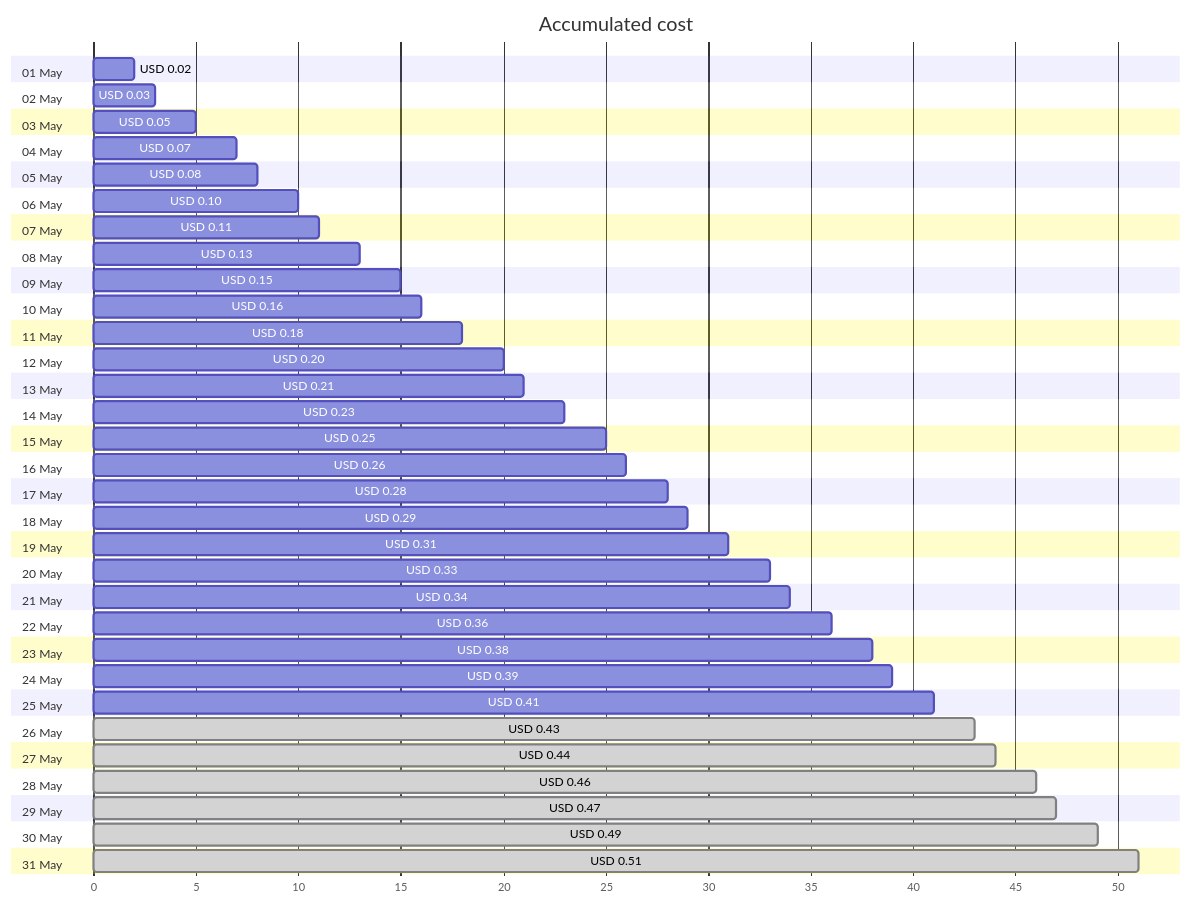
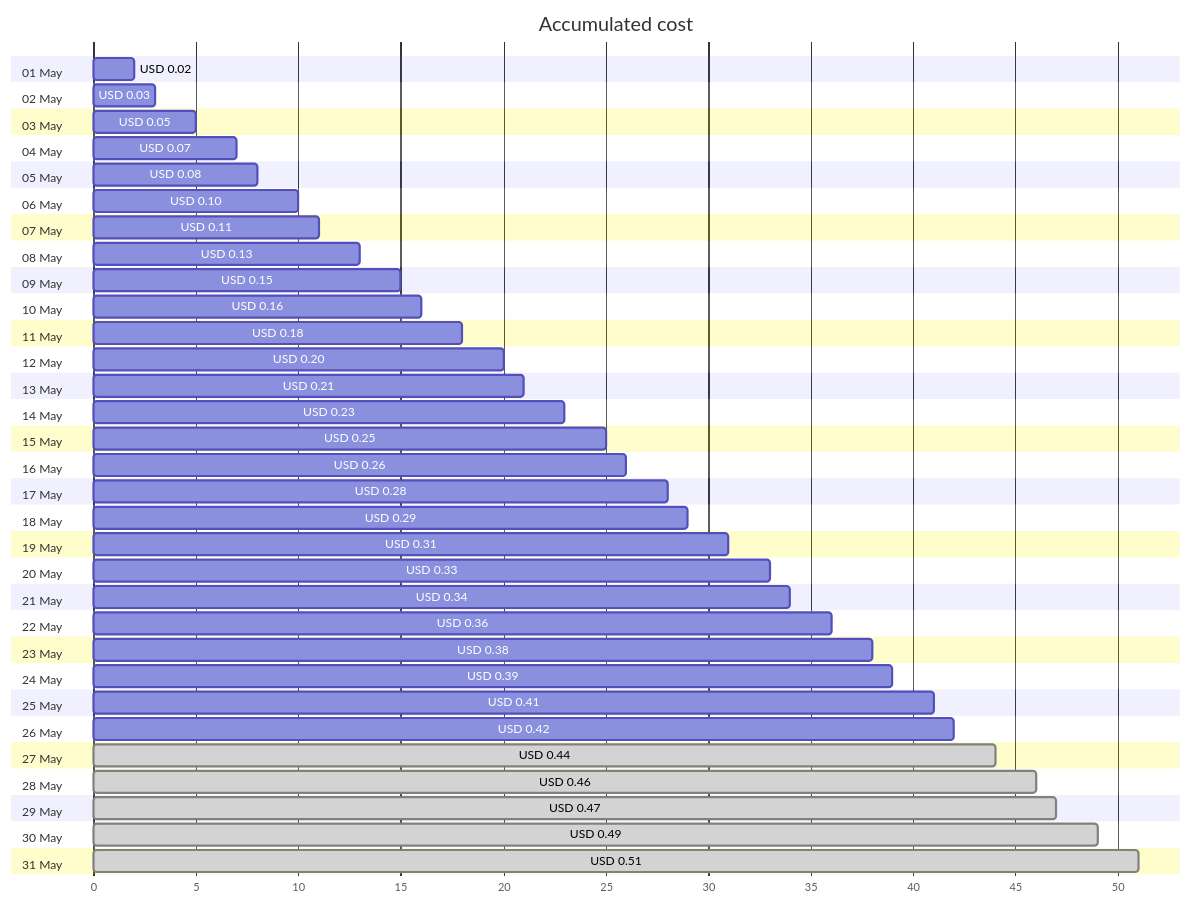
Before and after one commit to jpfulton/azure-personal-reports: the first of 4 diagrams in cost-reports/personal-dns/jpatrickfulton.com.md, drawn with Mermaid. The commit also changed other lines of this file and 2 other files, not shown here.

````diff
--- a/cost-reports/personal-dns/jpatrickfulton.com.md
+++ b/cost-reports/personal-dns/jpatrickfulton.com.md
@@ -20,68 +20,68 @@
 ```mermaid
 gantt
    title Accumulated cost
    dateFormat  X
    axisFormat %s
    section 01 May
    USD 0.02 :0, 2
    section 02 May
    USD 0.03 :0, 3
    section 03 May
    USD 0.05 :0, 5
    section 04 May
    USD 0.07 :0, 7
    section 05 May
    USD 0.08 :0, 8
    section 06 May
    USD 0.10 :0, 10
    section 07 May
    USD 0.11 :0, 11
    section 08 May
    USD 0.13 :0, 13
    section 09 May
    USD 0.15 :0, 15
    section 10 May
    USD 0.16 :0, 16
    section 11 May
    USD 0.18 :0, 18
    section 12 May
    USD 0.20 :0, 20
    section 13 May
    USD 0.21 :0, 21
    section 14 May
    USD 0.23 :0, 23
    section 15 May
    USD 0.25 :0, 25
    section 16 May
    USD 0.26 :0, 26
    section 17 May
    USD 0.28 :0, 28
    section 18 May
    USD 0.29 :0, 29
    section 19 May
    USD 0.31 :0, 31
    section 20 May
    USD 0.33 :0, 33
    section 21 May
    USD 0.34 :0, 34
    section 22 May
    USD 0.36 :0, 36
    section 23 May
    USD 0.38 :0, 38
    section 24 May
    USD 0.39 :0, 39
    section 25 May
    USD 0.41 :0, 41
    section 26 May
-   USD 0.43 : done, 0, 43
+   USD 0.42 :0, 42
    section 27 May
    USD 0.44 : done, 0, 44
    section 28 May
    USD 0.46 : done, 0, 46
    section 29 May
    USD 0.47 : done, 0, 47
    section 30 May
    USD 0.49 : done, 0, 49
    section 31 May
    USD 0.51 : done, 0, 51
 ```
````
